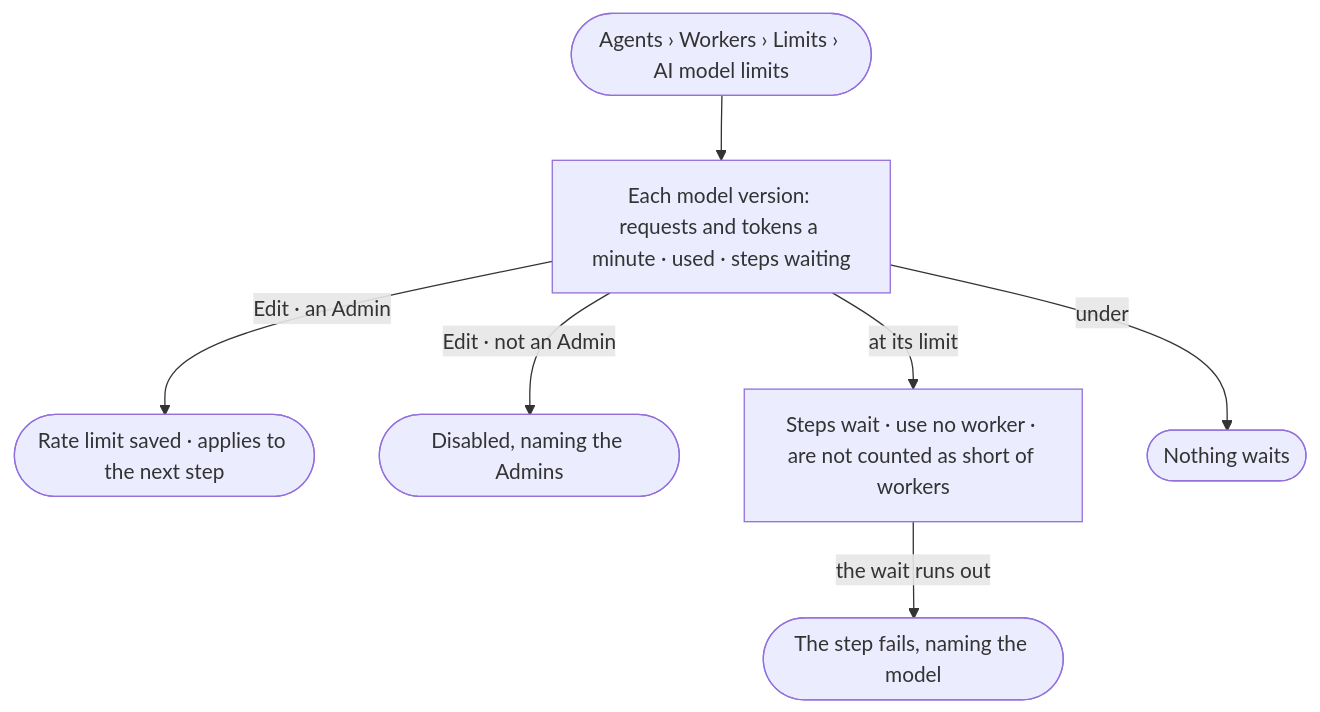
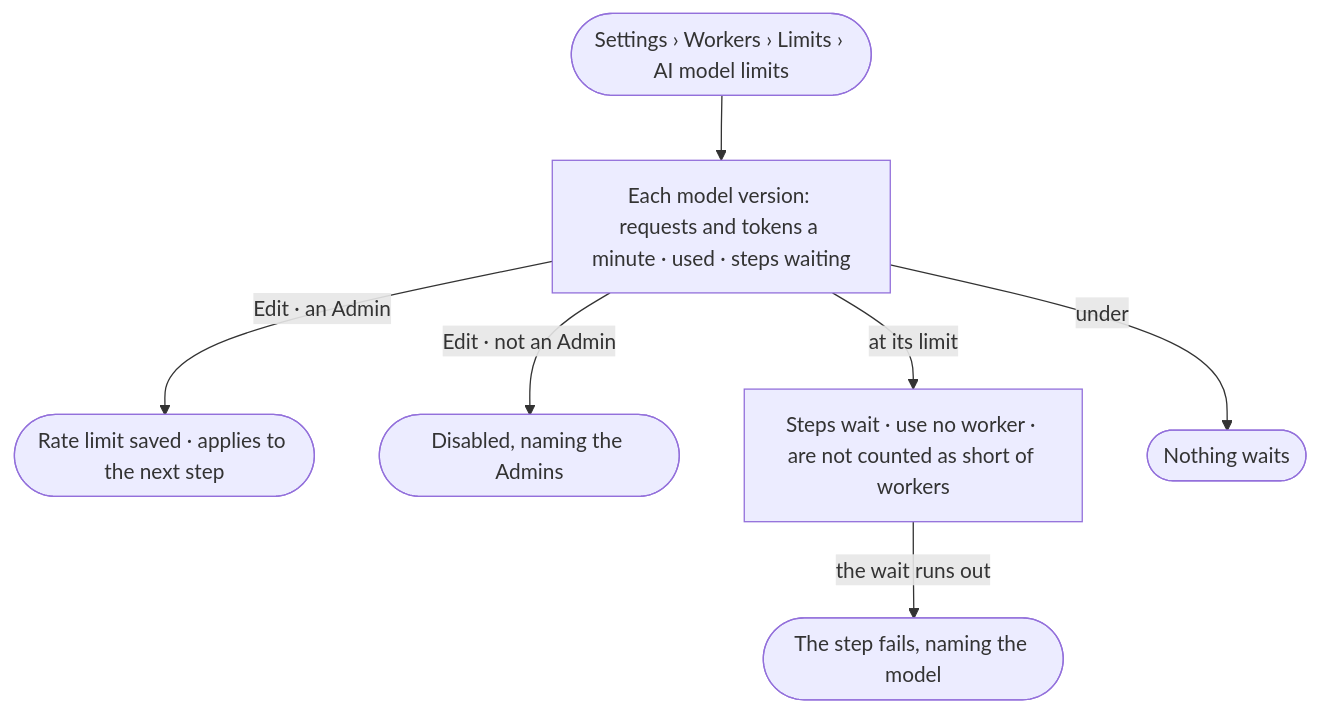
The diagram in specs/os/control/features/CP-F04-limits/stories/CP-13-see-each-ai-models-rate-limit-and-what-waits-on-it/story.md (invana/invana), drawn with Mermaid before and after one commit. The commit also changed other lines of this file and 43 other files, not shown here.

First line of the commit message:
docs(specs): Agents mode keeps work; Plugins, Fleet, Workers move to Settings

````diff
--- a/specs/os/control/features/CP-F04-limits/stories/CP-13-see-each-ai-models-rate-limit-and-what-waits-on-it/story.md
+++ b/specs/os/control/features/CP-F04-limits/stories/CP-13-see-each-ai-models-rate-limit-and-what-waits-on-it/story.md
@@ -26,9 +26,9 @@
 ```mermaid
 flowchart TD
-  s([Agents › Workers › Limits › AI model limits]) --> m["Each model version: requests and tokens a minute · used · steps waiting"]
+  s([Settings › Workers › Limits › AI model limits]) --> m["Each model version: requests and tokens a minute · used · steps waiting"]
   m -->|Edit · an Admin| ed(["Rate limit saved · applies to the next step"])
   m -->|Edit · not an Admin| ro(["Disabled, naming the Admins"])
   m -->|at its limit| w["Steps wait · use no worker · are not counted as short of workers"]
   w -->|the wait runs out| f(["The step fails, naming the model"])
   m -->|under| ok(["Nothing waits"])
 ```
````
